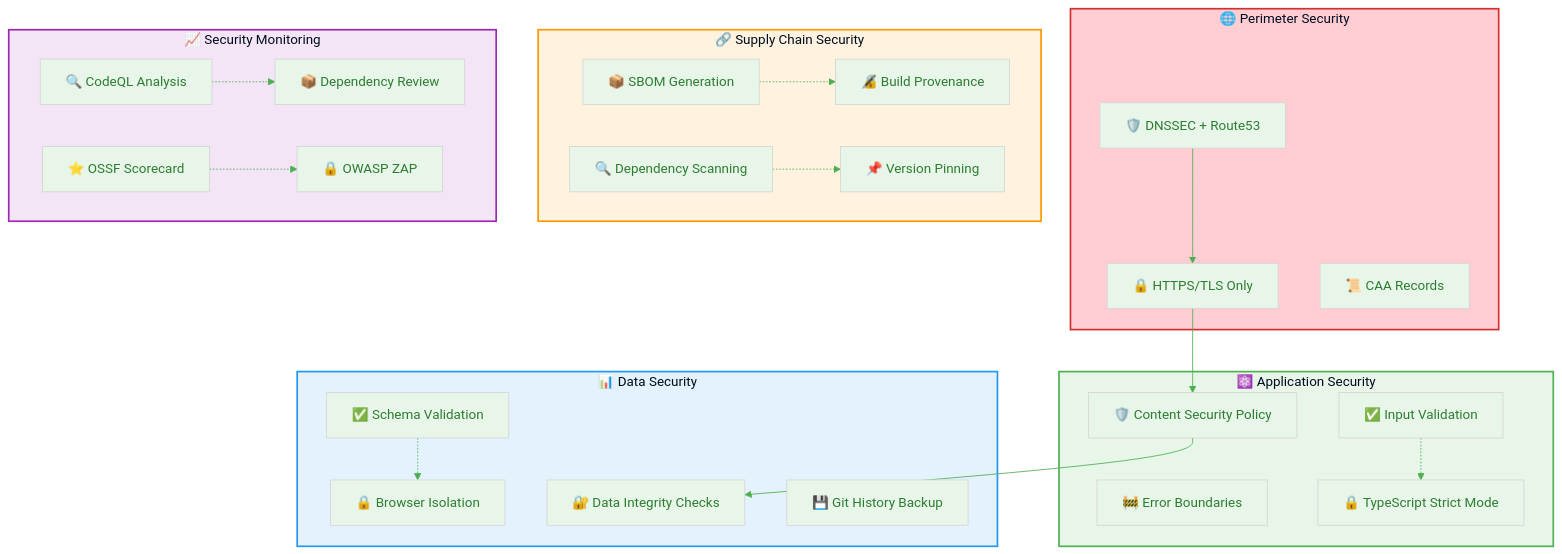
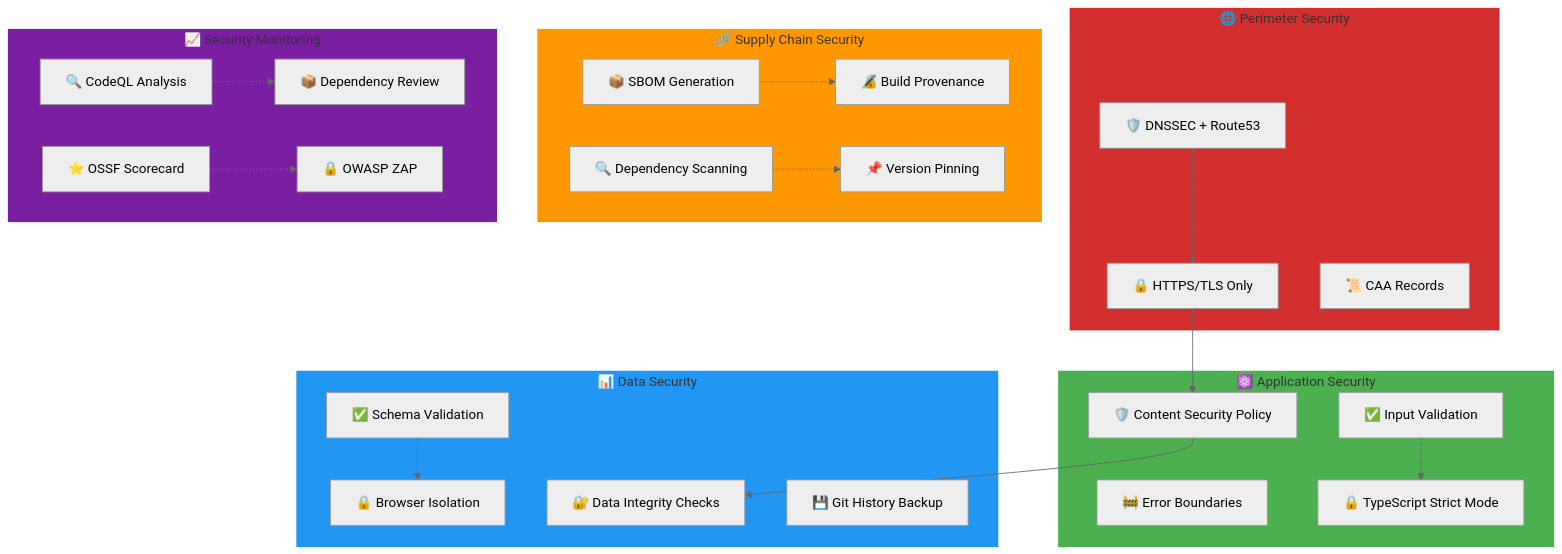
The tenth of 15 diagrams in docs/architecture/THREAT_MODEL.md (step-security-bot/cia-compliance-manager), drawn with Mermaid before and after one commit. The commit also changed other lines of this file and 27 other files, not shown here.

First line of the commit message:
fix: resolve broken mermaid diagrams and improve color coding to match ISMS style guide (#1106)

````diff
--- a/docs/architecture/THREAT_MODEL.md
+++ b/docs/architecture/THREAT_MODEL.md
@@ -643,66 +600,55 @@
 ```mermaid
-%%{
-  init: {
-    'theme': 'base',
-    'themeVariables': {
-      'primaryColor': '#e8f5e9',
-      'primaryTextColor': '#2e7d32',
-      'lineColor': '#4caf50',
-      'secondaryColor': '#e3f2fd',
-      'tertiaryColor': '#fff3e0'
-    }
-  }
-}%%
+%%{init: {"theme": "neutral"}}%%
 flowchart TB
     subgraph PERIMETER["🌐 Perimeter Security"]
         DNSSEC[🛡️ DNSSEC + Route53]
         HTTPS[🔒 HTTPS/TLS Only]
         CAA[📜 CAA Records]
     end
     
     subgraph SUPPLY_CHAIN["🔗 Supply Chain Security"]
         SBOM[📦 SBOM Generation]
         PROVENANCE[🔏 Build Provenance]
         DEPS[🔍 Dependency Scanning]
         PINNING[📌 Version Pinning]
     end
     
     subgraph APPLICATION["⚛️ Application Security"]
         CSP[🛡️ Content Security Policy]
         INPUT_VAL[✅ Input Validation]
         ERROR_BOUND[🚧 Error Boundaries]
         TYPE_SAFETY[🔒 TypeScript Strict Mode]
     end
     
     subgraph DATA["📊 Data Security"]
         INTEGRITY[🔐 Data Integrity Checks]
         VALIDATION[✅ Schema Validation]
         ISOLATION[🔒 Browser Isolation]
         BACKUP[💾 Git History Backup]
     end
     
     subgraph MONITORING["📈 Security Monitoring"]
         CODE_SCAN[🔍 CodeQL Analysis]
         DEP_REVIEW[📦 Dependency Review]
         SCORECARD[⭐ OSSF Scorecard]
         ZAP_SCAN[🔒 OWASP ZAP]
     end
     
     DNSSEC --> HTTPS
     HTTPS --> CSP
     CSP --> INTEGRITY
     
     SBOM -.-> PROVENANCE
     DEPS -.-> PINNING
     INPUT_VAL -.-> TYPE_SAFETY
     VALIDATION -.-> ISOLATION
     
     CODE_SCAN -.-> DEP_REVIEW
     SCORECARD -.-> ZAP_SCAN
     
-    style PERIMETER fill:#ffcdd2,stroke:#d32f2f,stroke-width:2px
-    style SUPPLY_CHAIN fill:#fff3e0,stroke:#ff9800,stroke-width:2px
-    style APPLICATION fill:#e8f5e9,stroke:#4caf50,stroke-width:2px
-    style DATA fill:#e3f2fd,stroke:#2196f3,stroke-width:2px
-    style MONITORING fill:#f3e5f5,stroke:#9c27b0,stroke-width:2px
+    style PERIMETER fill:#D32F2F,stroke:#d32f2f,stroke-width:2px
+    style SUPPLY_CHAIN fill:#FF9800,stroke:#ff9800,stroke-width:2px
+    style APPLICATION fill:#4CAF50,stroke:#4caf50,stroke-width:2px
+    style DATA fill:#2196F3,stroke:#2196f3,stroke-width:2px
+    style MONITORING fill:#7B1FA2,stroke:#7B1FA2,stroke-width:2px
 ```
````
